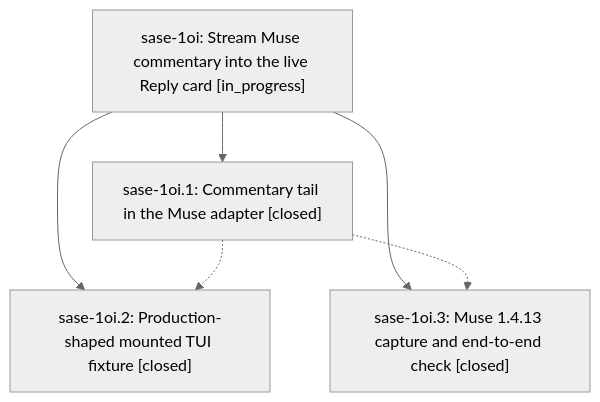
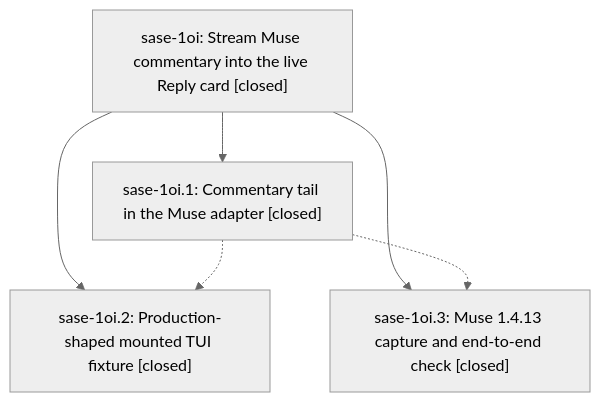
One commit to sase-org/sase--beads changed the diagram in pages/sase-1oi/README.md. Above: the diagram before and after it, drawn with Mermaid (neutral theme). The commit also changed other lines of this file and 2 other files, not shown here.

First line of the commit message:
chore(beads): sync bead state and pages for sase-1oi

````diff
--- a/pages/sase-1oi/README.md
+++ b/pages/sase-1oi/README.md
@@ -38,12 +46,12 @@
 ```mermaid
 flowchart TD
-    n0["sase-1oi: Stream Muse commentary into the live Reply card [in_progress]"]
+    n0["sase-1oi: Stream Muse commentary into the live Reply card [closed]"]
     n1["sase-1oi.1: Commentary tail in the Muse adapter [closed]"]
     n2["sase-1oi.2: Production-shaped mounted TUI fixture [closed]"]
     n3["sase-1oi.3: Muse 1.4.13 capture and end-to-end check [closed]"]
     n0 --> n1
     n0 --> n2
     n0 --> n3
     n1 -.-> n2
     n1 -.-> n3
 ```
````
